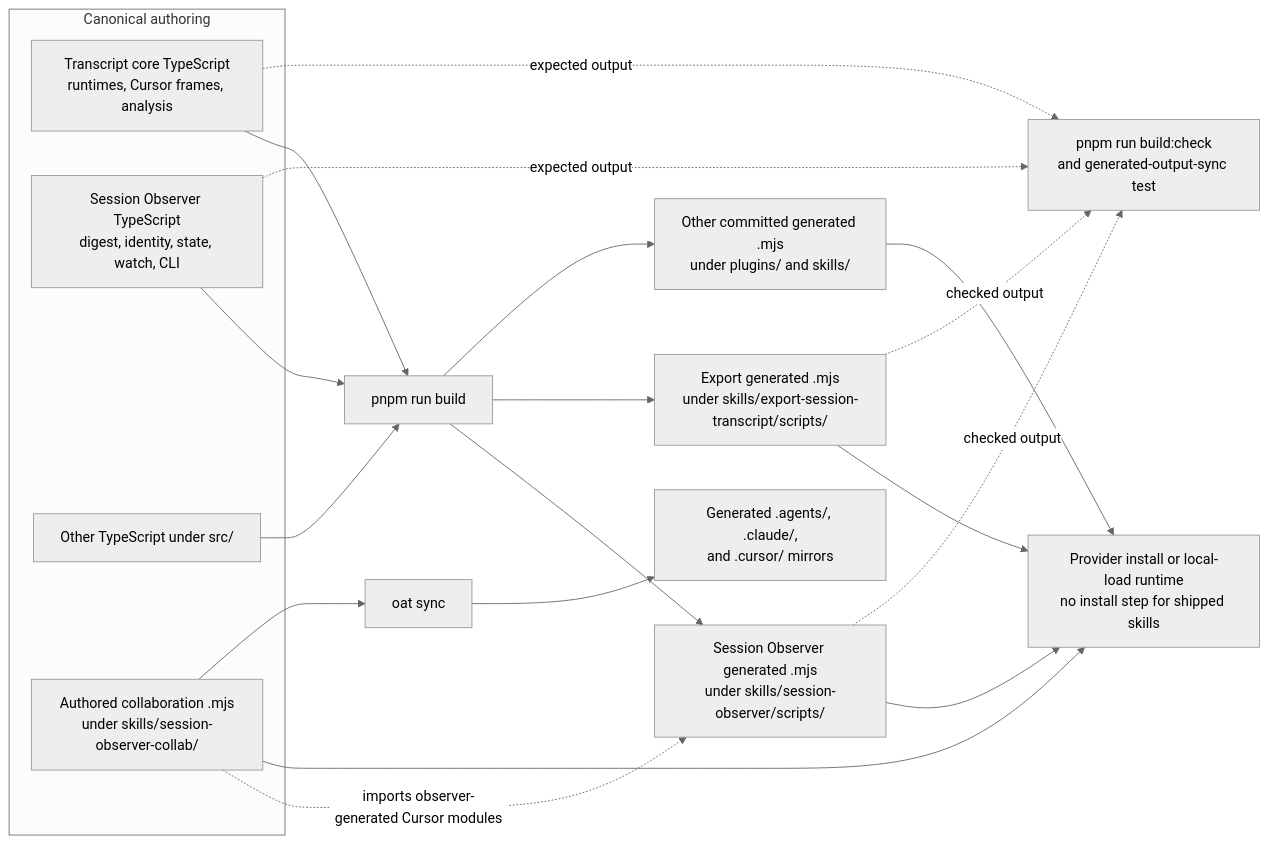
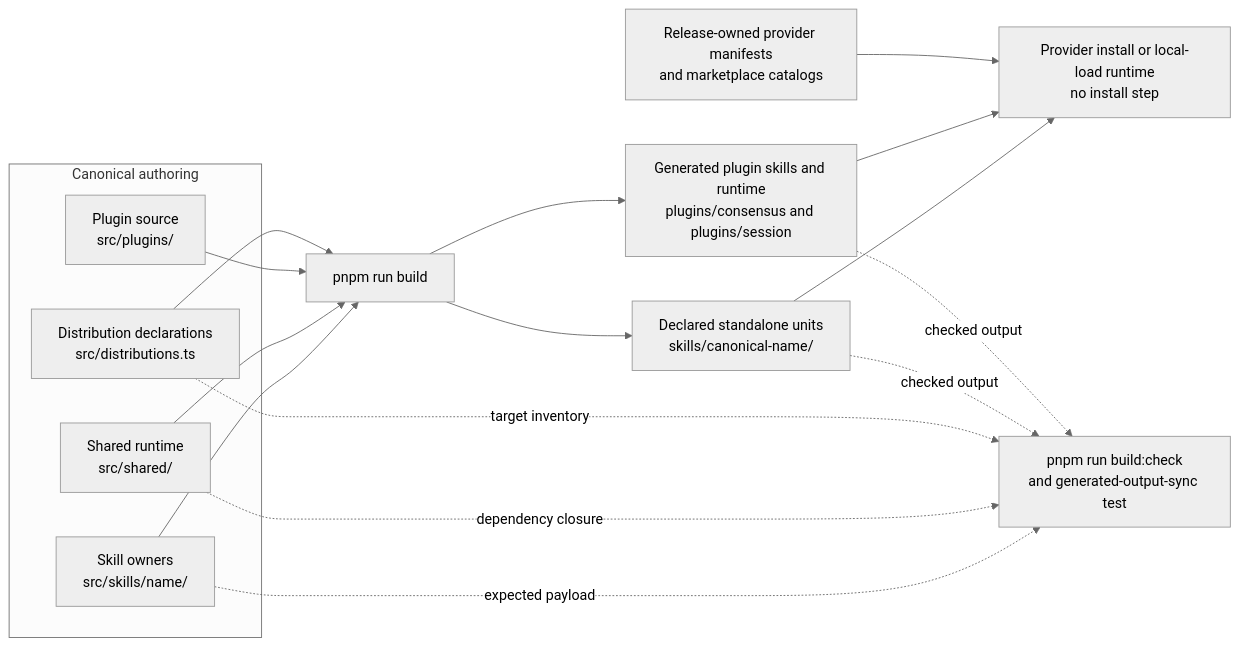
The first of 2 diagrams in documentation/docs/engineering/architecture/generated-runtime.md (tkstang/skills), drawn with Mermaid (neutral theme) before and after one commit. The commit also changed other lines of this file and 734 other files, not shown here.

First line of the commit message:
refactor(skills): colocate sources and generate distributions (#79)

````diff
--- a/documentation/docs/engineering/architecture/generated-runtime.md
+++ b/documentation/docs/engineering/architecture/generated-runtime.md
@@ -34,32 +31,29 @@
 ```mermaid
 flowchart LR
   subgraph authoring["Canonical authoring"]
-    CORE["Transcript core TypeScript<br/>runtimes, Cursor frames, analysis"]
-    OBSERVER["Session Observer TypeScript<br/>digest, identity, state, watch, CLI"]
-    OTHER["Other TypeScript under src/"]
-    COLLAB["Authored collaboration .mjs<br/>under skills/session-observer-collab/"]
+    SKILLS["Skill owners<br/>src/skills/name/"]
+    SHARED["Shared runtime<br/>src/shared/"]
+    PLUGINS["Plugin source<br/>src/plugins/"]
+    DECL["Distribution declarations<br/>src/distributions.ts"]
   end
 
   BUILD["pnpm run build"]
-  OBSOUT["Session Observer generated .mjs<br/>under skills/session-observer/scripts/"]
-  EXPOUT["Export generated .mjs<br/>under skills/export-session-transcript/scripts/"]
-  OTHEROUT["Other committed generated .mjs<br/>under plugins/ and skills/"]
+  RELEASE["Release-owned provider manifests<br/>and marketplace catalogs"]
+  STANDALONE["Declared standalone units<br/>skills/canonical-name/"]
+  PLUGINOUT["Generated plugin skills and runtime<br/>plugins/consensus and plugins/session"]
   CHECK["pnpm run build:check<br/>and generated-output-sync test"]
-  RUNTIME["Provider install or local-load runtime<br/>no install step for shipped skills"]
-  SYNC["oat sync"]
-  MIRRORS["Generated .agents/, .claude/,<br/>and .cursor/ mirrors"]
+  RUNTIME["Provider install or local-load runtime<br/>no install step"]
 
-  CORE --> BUILD
-  OBSERVER --> BUILD
-  OTHER --> BUILD
-  BUILD --> OBSOUT --> RUNTIME
-  BUILD --> EXPOUT --> RUNTIME
-  BUILD --> OTHEROUT --> RUNTIME
-  CORE -.->|expected output| CHECK
-  OBSERVER -.->|expected output| CHECK
-  OBSOUT -.->|checked output| CHECK
-  EXPOUT -.->|checked output| CHECK
-  COLLAB -.->|imports observer-generated Cursor modules| OBSOUT
-  COLLAB --> RUNTIME
-  COLLAB --> SYNC --> MIRRORS
+  SKILLS --> BUILD
+  SHARED --> BUILD
+  PLUGINS --> BUILD
+  DECL --> BUILD
+  BUILD --> STANDALONE --> RUNTIME
+  BUILD --> PLUGINOUT --> RUNTIME
+  RELEASE --> RUNTIME
+  SKILLS -.->|expected payload| CHECK
+  SHARED -.->|dependency closure| CHECK
+  DECL -.->|target inventory| CHECK
+  STANDALONE -.->|checked output| CHECK
+  PLUGINOUT -.->|checked output| CHECK
 ```
````
